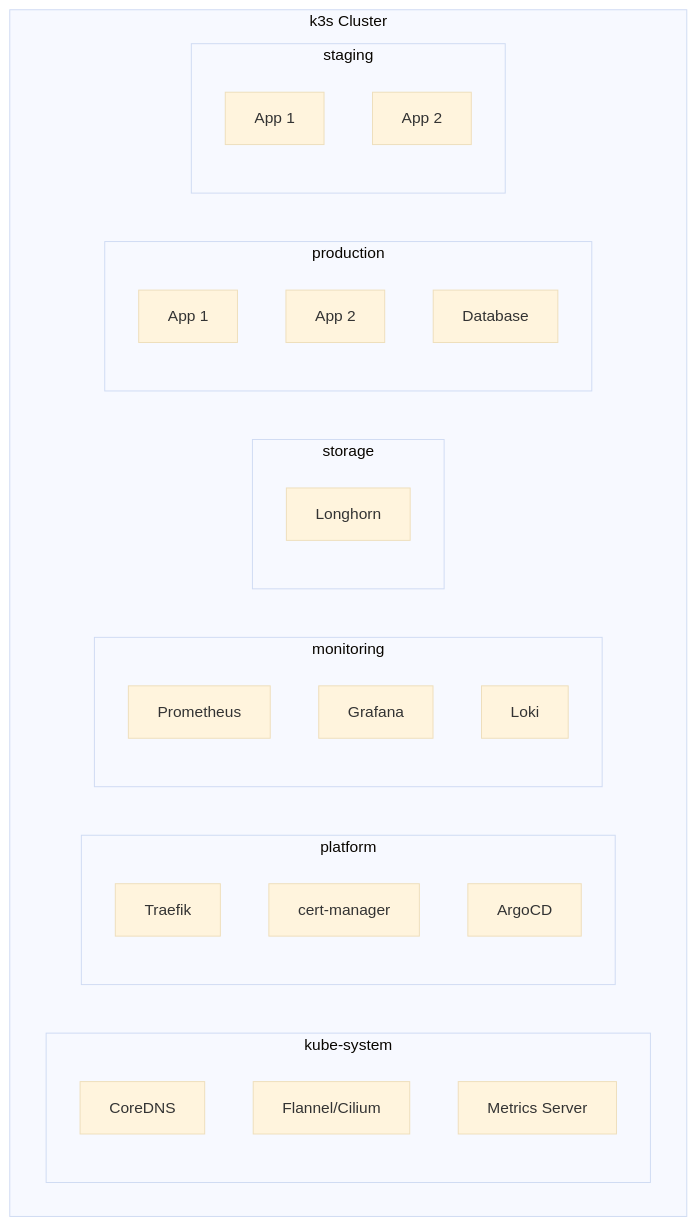
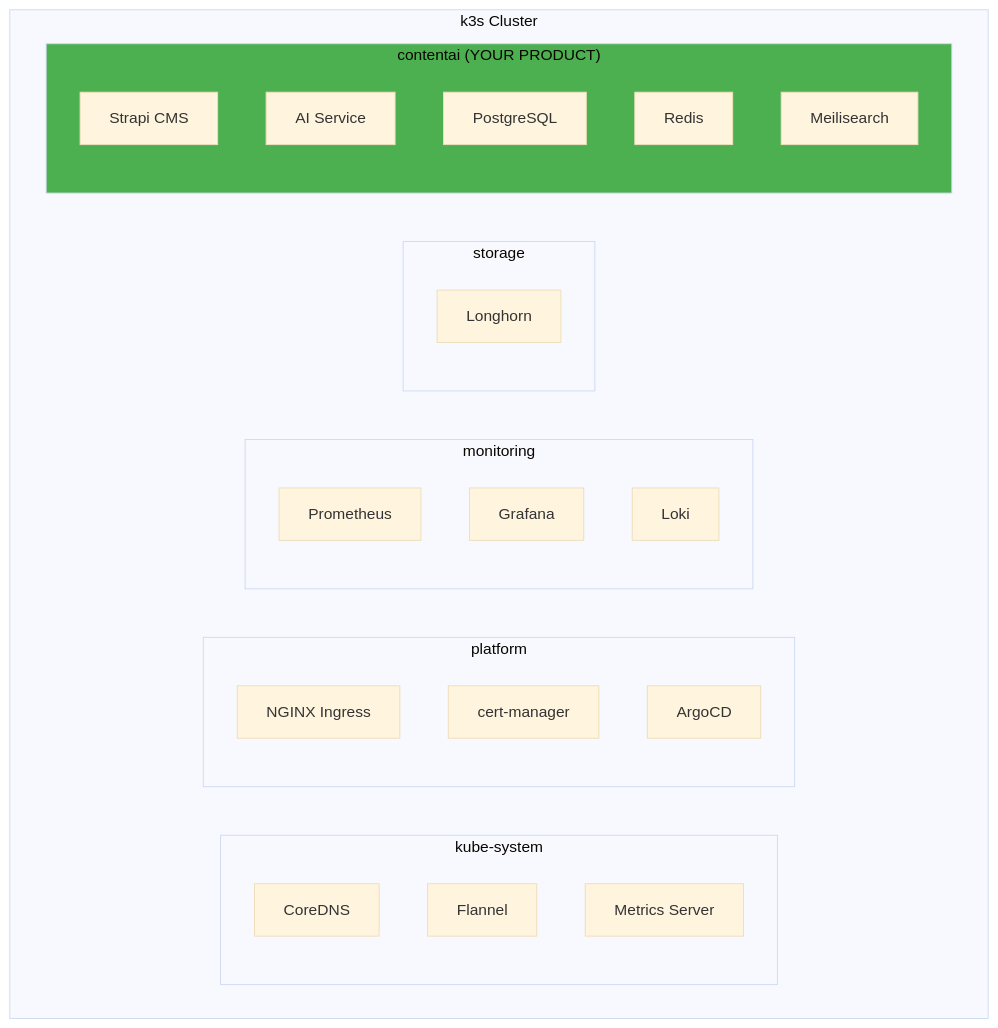
Before and after one commit to PearlThoughtsInternship/Internship-Obsidian-Vault: the seventh of 11 diagrams in DevOps/02-Engineering/04-Container-Orchestration.md, drawn with Mermaid (base theme). The commit also changed other lines of this file and 1 other file, not shown here.

First line of the commit message:
docs: Container orchestration & GitOps with ContentAI product context

````diff
--- a/DevOps/02-Engineering/04-Container-Orchestration.md
+++ b/DevOps/02-Engineering/04-Container-Orchestration.md
@@ -347,37 +413,36 @@
 ```mermaid
 flowchart TB
     subgraph Cluster["k3s Cluster"]
         subgraph System["kube-system"]
             DNS["CoreDNS"]
-            CNI["Flannel/Cilium"]
+            CNI["Flannel"]
             Metrics["Metrics Server"]
         end
 
         subgraph Platform["platform"]
-            ING["Traefik"]
+            ING["NGINX Ingress"]
             CERT["cert-manager"]
             ARGO["ArgoCD"]
         end
 
         subgraph Monitoring["monitoring"]
             PROM["Prometheus"]
             GRAF["Grafana"]
             LOKI["Loki"]
         end
 
         subgraph Storage["storage"]
             LH["Longhorn"]
         end
 
-        subgraph Production["production"]
-            App1["App 1"]
-            App2["App 2"]
-            DB["Database"]
-        end
-
-        subgraph Staging["staging"]
-            SApp1["App 1"]
-            SApp2["App 2"]
+        subgraph ContentAI["contentai (YOUR PRODUCT)"]
+            Strapi["Strapi CMS"]
+            AIService["AI Service"]
+            Postgres["PostgreSQL"]
+            Redis["Redis"]
+            Meili["Meilisearch"]
         end
     end
+
+    style ContentAI fill:#4CAF50
 ```
````
